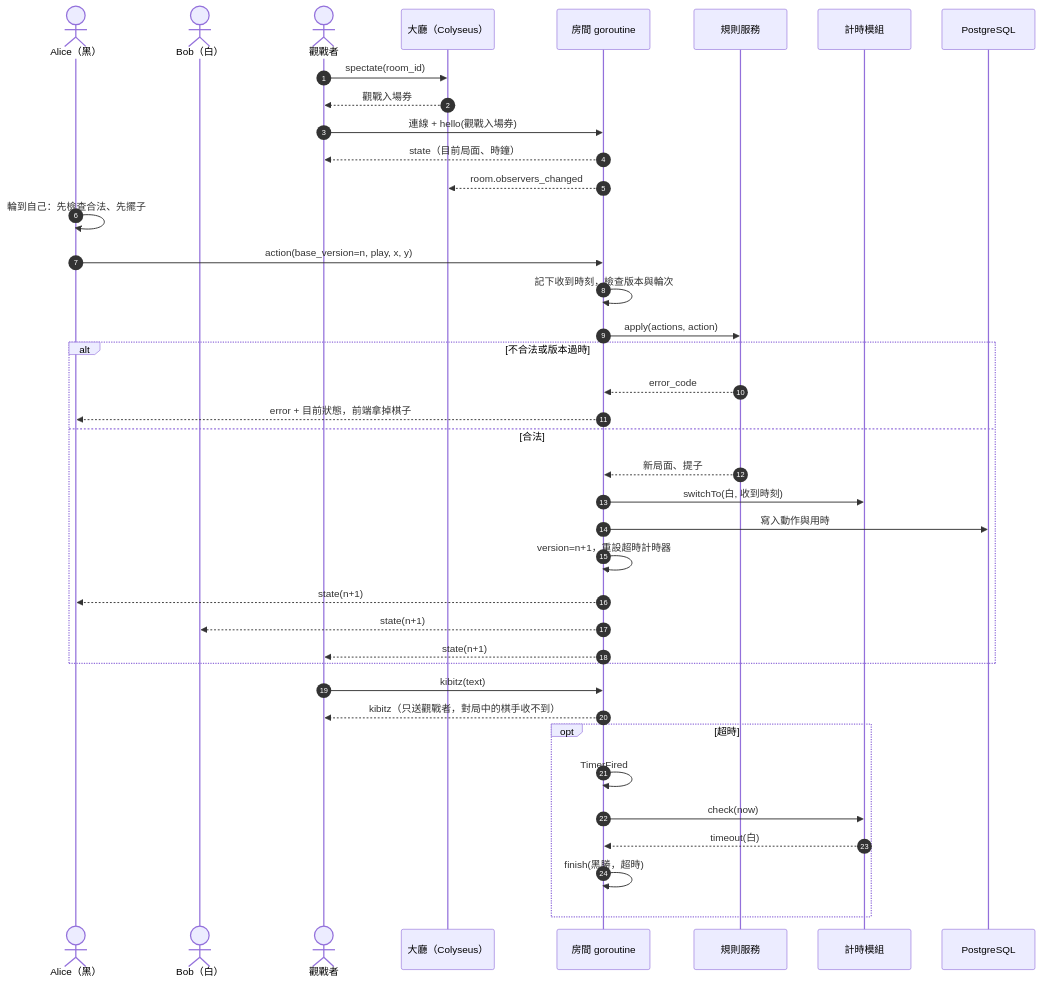
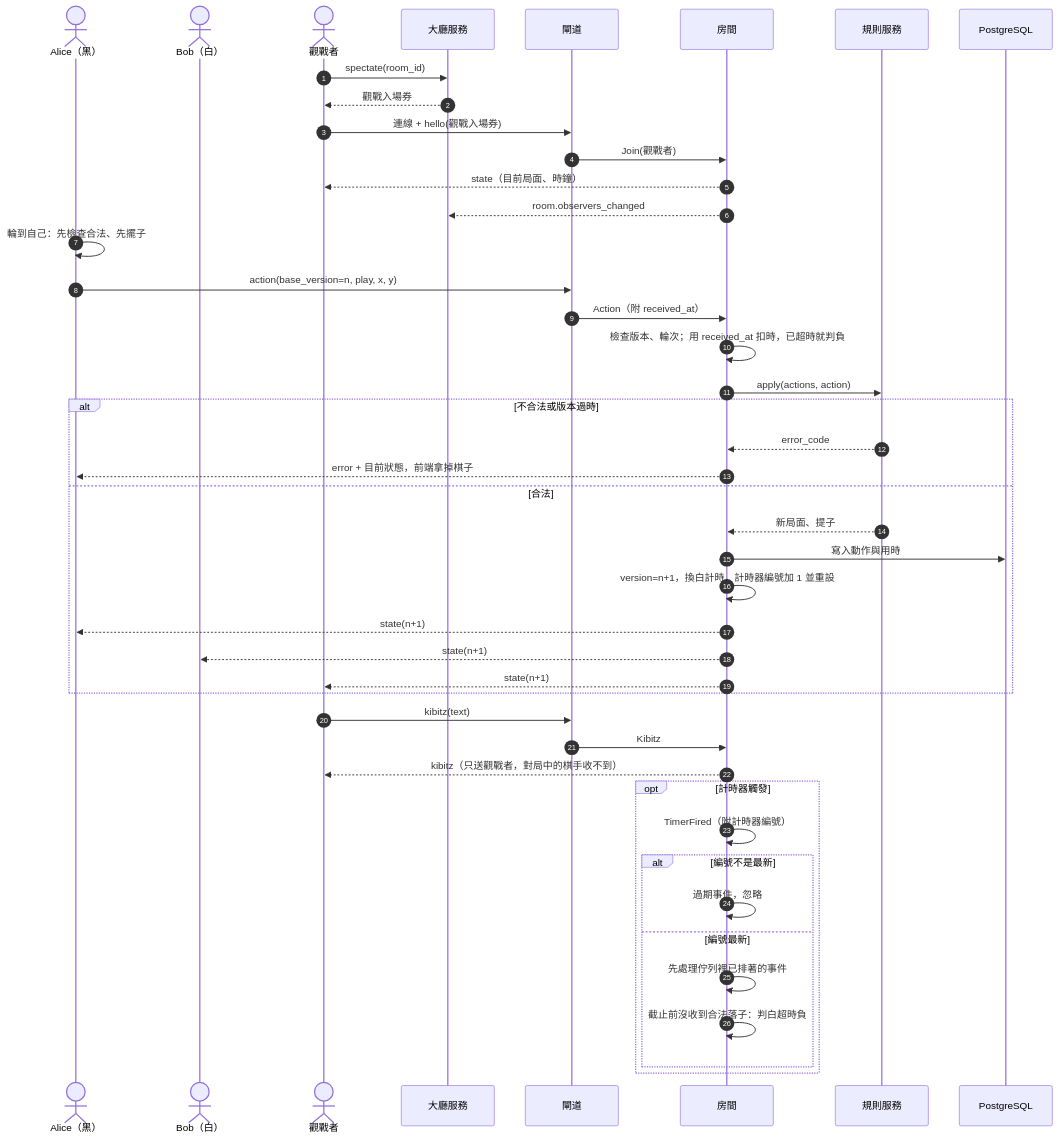
Before and after one commit to yshsu0918/yi-arena: the fourth of 5 diagrams in docs/arch2.md, drawn with Mermaid. The commit also changed other lines of this file, not shown here.

First line of the commit message:
arch2: unify terms (lobby, room, rules services), timeout decided by receive time with timer generations

````diff
--- a/docs/arch2.md
+++ b/docs/arch2.md
@@ -282,45 +325,50 @@
 ```mermaid
 sequenceDiagram
   autonumber
   actor A as Alice（黑）
   actor B as Bob（白）
   actor O as 觀戰者
-  participant L as 大廳（Colyseus）
-  participant R as 房間 goroutine
+  participant L as 大廳服務
+  participant G as 閘道
+  participant R as 房間
   participant S as 規則服務
-  participant C as 計時模組
   participant DB as PostgreSQL
 
   O->>L: spectate(room_id)
   L-->>O: 觀戰入場券
-  O->>R: 連線 + hello(觀戰入場券)
+  O->>G: 連線 + hello(觀戰入場券)
+  G->>R: Join(觀戰者)
   R-->>O: state（目前局面、時鐘）
   R-->>L: room.observers_changed
 
   A->>A: 輪到自己：先檢查合法、先擺子
-  A->>R: action(base_version=n, play, x, y)
-  R->>R: 記下收到時刻，檢查版本與輪次
+  A->>G: action(base_version=n, play, x, y)
+  G->>R: Action（附 received_at）
+  R->>R: 檢查版本、輪次；用 received_at 扣時，已超時就判負
   R->>S: apply(actions, action)
   alt 不合法或版本過時
     S-->>R: error_code
     R-->>A: error + 目前狀態，前端拿掉棋子
   else 合法
     S-->>R: 新局面、提子
-    R->>C: switchTo(白, 收到時刻)
     R->>DB: 寫入動作與用時
-    R->>R: version=n+1，重設超時計時器
+    R->>R: version=n+1，換白計時，計時器編號加 1 並重設
     R-->>A: state(n+1)
     R-->>B: state(n+1)
     R-->>O: state(n+1)
   end
 
-  O->>R: kibitz(text)
+  O->>G: kibitz(text)
+  G->>R: Kibitz
   R-->>O: kibitz（只送觀戰者，對局中的棋手收不到）
 
-  opt 超時
-    R->>R: TimerFired
-    R->>C: check(now)
-    C-->>R: timeout(白)
-    R->>R: finish(黑勝，超時)
+  opt 計時器觸發
+    R->>R: TimerFired（附計時器編號）
+    alt 編號不是最新
+      R->>R: 過期事件，忽略
+    else 編號最新
+      R->>R: 先處理佇列裡已排著的事件
+      R->>R: 截止前沒收到合法落子：判白超時負
+    end
   end
 ```
````
